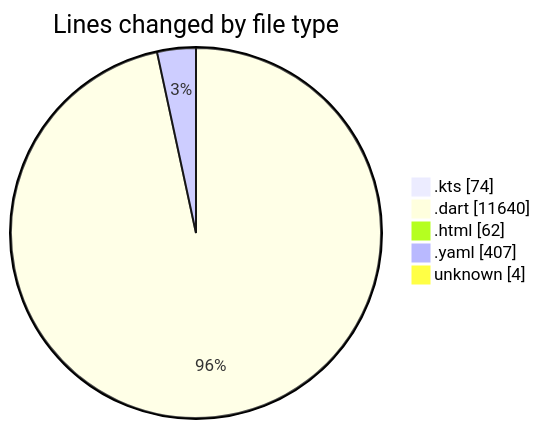
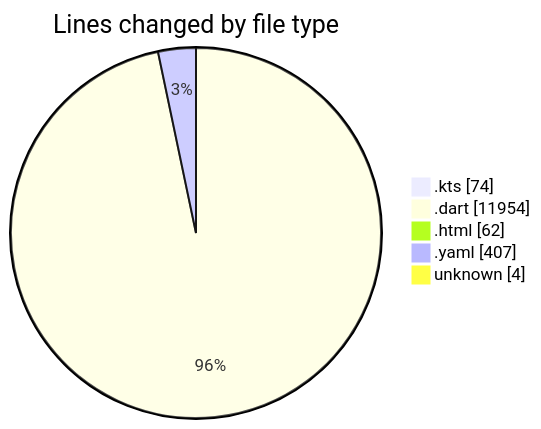
Before and after one commit to lephambinh05/code-tracking: the first of 2 diagrams in 2025-08-03/studybuddy/README.md, drawn with Mermaid. The commit also changed other lines of this file and 1 other file, not shown here.

````diff
--- a/2025-08-03/studybuddy/README.md
+++ b/2025-08-03/studybuddy/README.md
@@ -62,9 +63,9 @@
 ```mermaid
 pie showData
 title Lines changed by file type
 ".kts" : 74
-".dart" : 11640
+".dart" : 11954
 ".html" : 62
 ".yaml" : 407
 "unknown" : 4
 ```
````
